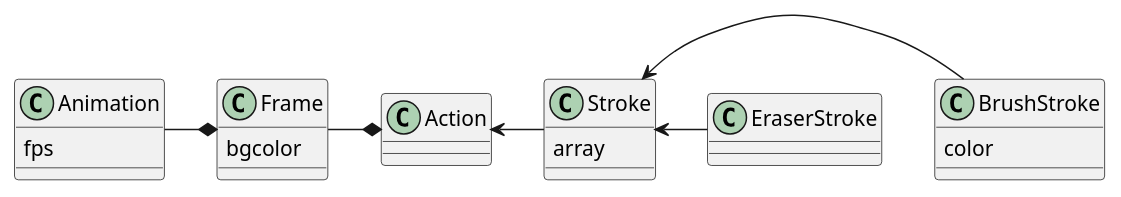
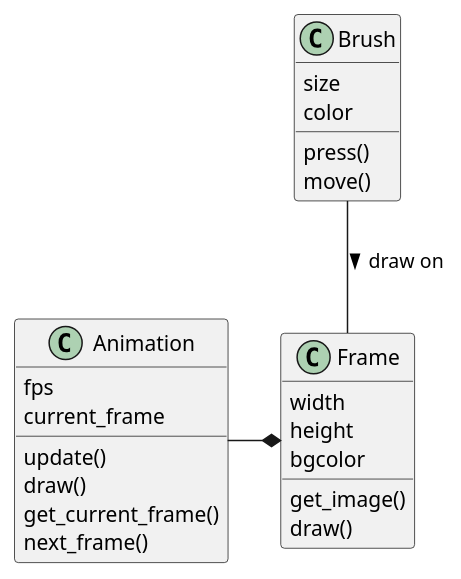
The diagram in docs/animation.pu (guidanoli/edutech-mvp), drawn with PlantUML before and after one commit. The commit also changed 11 other files, not shown here.

```diff
--- a/docs/animation.pu
+++ b/docs/animation.pu
@@ -1,27 +1,28 @@
 @startuml
 class Animation {
     {field} fps
+    {field} current_frame
+    {method} update()
+    {method} draw()
+    {method} get_current_frame()
+    {method} next_frame()
 }
 
 class Frame {
+    {field} width
+    {field} height
     {field} bgcolor
+    {method} get_image()
+    {method} draw()
 }
 
-class Action
-
-class Stroke {
-    {field} array
+class Brush {
+    {field} size
+    {field} color
+    {method} press()
+    {method} move()
 }
 
-class BrushStroke {
-    {field} color
-}
-
-class EraserStroke
-
 Animation -* Frame
-Frame -* Action
-Action <- Stroke
-Stroke <- BrushStroke
-Stroke <- EraserStroke
+Brush -- Frame : draw on >
 @enduml
```
